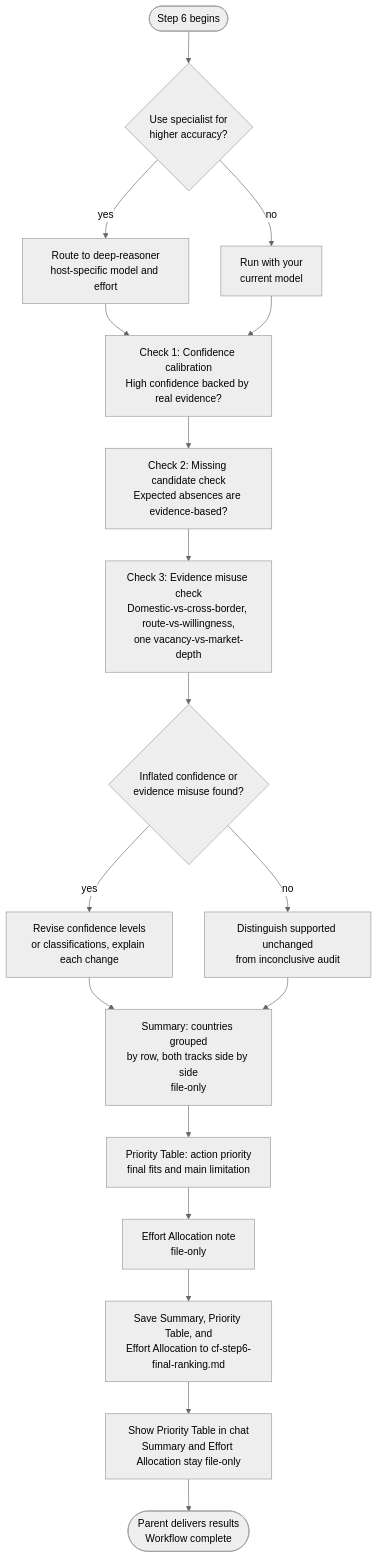
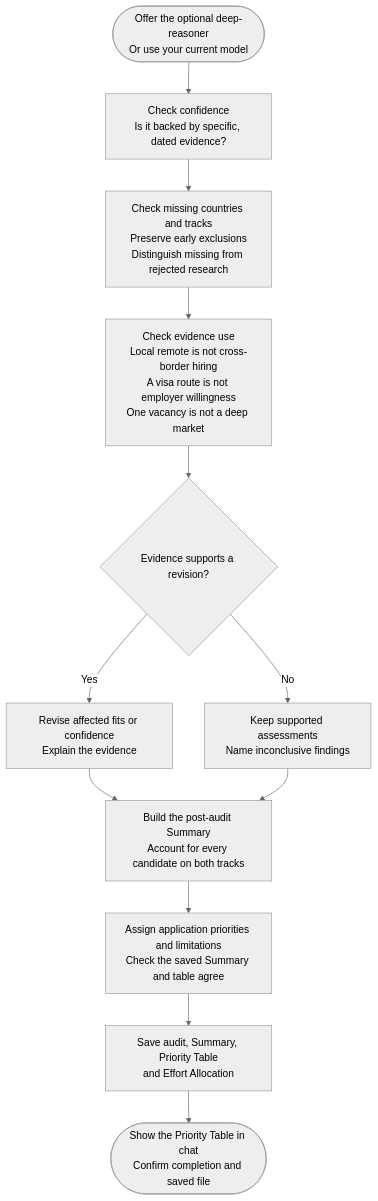
The diagram in docs/commands/country-finder/step6-final-ranking.md (myowinthein/agent-compass), drawn with Mermaid (neutral theme) before and after one commit. The commit also changed other lines of this file and 17 other files, not shown here.

Commit message:
docs(commands): simplify command guides and flow diagrams

````diff
--- a/docs/commands/country-finder/step6-final-ranking.md
+++ b/docs/commands/country-finder/step6-final-ranking.md
@@ -16,20 +14,14 @@
 ```mermaid
 flowchart TD
-  Start([Step 6 begins]) --> SpecialistQ{Use specialist for\nhigher accuracy?}
-  SpecialistQ -->|yes| DeepReasoner[Route to deep-reasoner\nhost-specific model and effort]
-  SpecialistQ -->|no| CurrentModel[Run with your\ncurrent model]
-  DeepReasoner --> C1
-  CurrentModel --> C1[Check 1: Confidence calibration\nHigh confidence backed by real evidence?]
-  C1 --> C2[Check 2: Missing candidate check\nExpected absences are evidence-based?]
-  C2 --> C3[Check 3: Evidence misuse check\nDomestic-vs-cross-border, route-vs-willingness,\none vacancy-vs-market-depth]
-  C3 --> Recal{Inflated confidence or\nevidence misuse found?}
-  Recal -->|yes| Revise[Revise confidence levels\nor classifications, explain each change]
-  Recal -->|no| Confirm[Distinguish supported unchanged\nfrom inconclusive audit]
-  Revise --> Summary[Summary: countries grouped\nby row, both tracks side by side\nfile-only]
-  Confirm --> Summary
-  Summary --> Priority[Priority Table: action priority\nfinal fits and main limitation]
-  Priority --> Effort[Effort Allocation note\nfile-only]
-  Effort --> Save[Save Summary, Priority Table, and\nEffort Allocation to cf-step6-final-ranking.md]
-  Save --> ShowTable[Show Priority Table in chat\nSummary and Effort Allocation stay file-only]
-  ShowTable --> Done([Parent delivers results\nWorkflow complete])
+  Start(["Offer the optional deep-reasoner<br/>Or use your current model"]) --> C1["Check confidence<br/>Is it backed by specific, dated evidence?"]
+  C1 --> C2["Check missing countries and tracks<br/>Preserve early exclusions<br/>Distinguish missing from rejected research"]
+  C2 --> C3["Check evidence use<br/>Local remote is not cross-border hiring<br/>A visa route is not employer willingness<br/>One vacancy is not a deep market"]
+  C3 --> Verdict{"Evidence supports a revision?"}
+  Verdict -->|Yes| Revise["Revise affected fits or confidence<br/>Explain the evidence"]
+  Verdict -->|No| Keep["Keep supported assessments<br/>Name inconclusive findings"]
+  Revise --> Summary["Build the post-audit Summary<br/>Account for every candidate on both tracks"]
+  Keep --> Summary
+  Summary --> Priority["Assign application priorities and limitations<br/>Check the saved Summary and table agree"]
+  Priority --> Save["Save audit, Summary, Priority Table<br/>and Effort Allocation"]
+  Save --> End(["Show the Priority Table in chat<br/>Confirm completion and saved file"])
 ```
````
